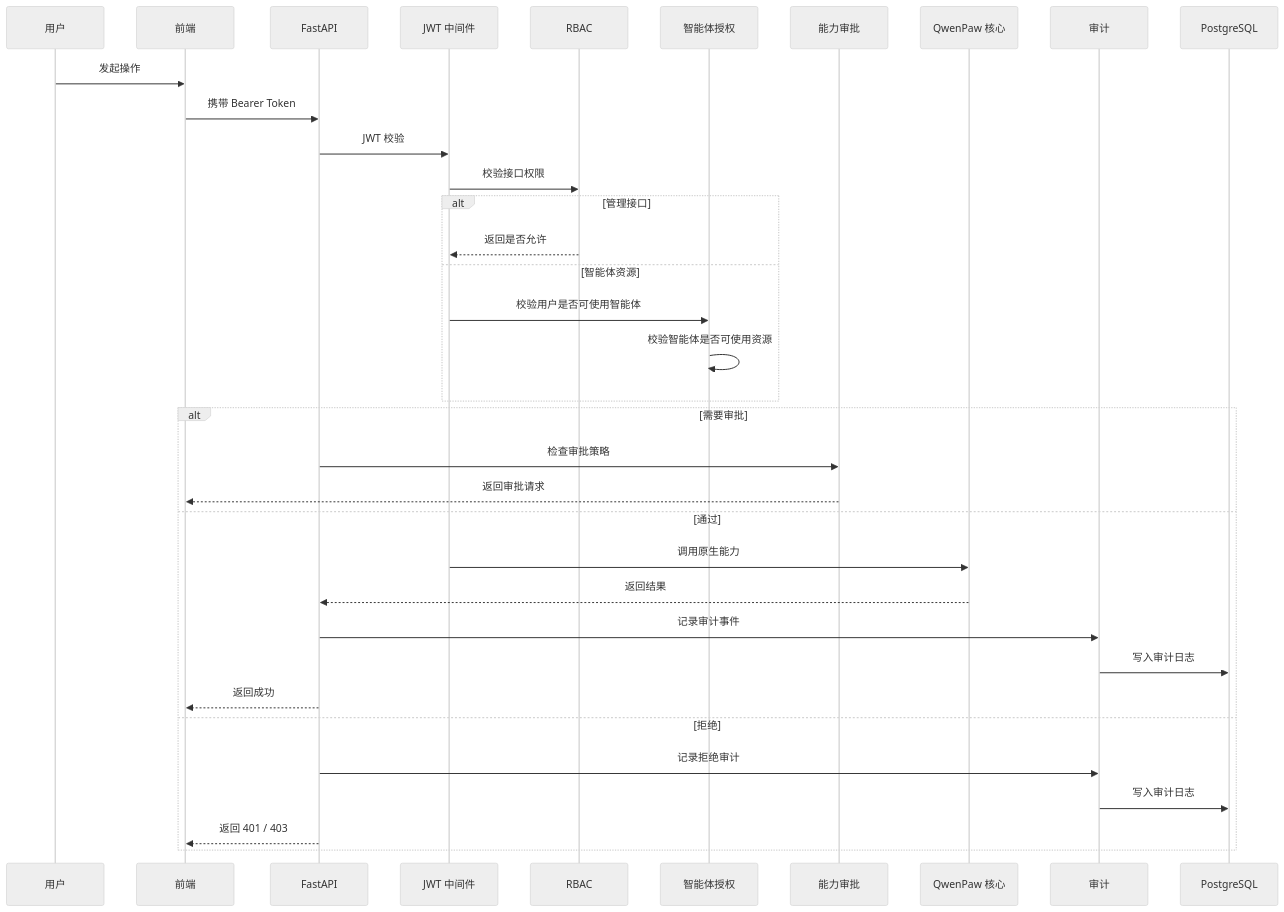
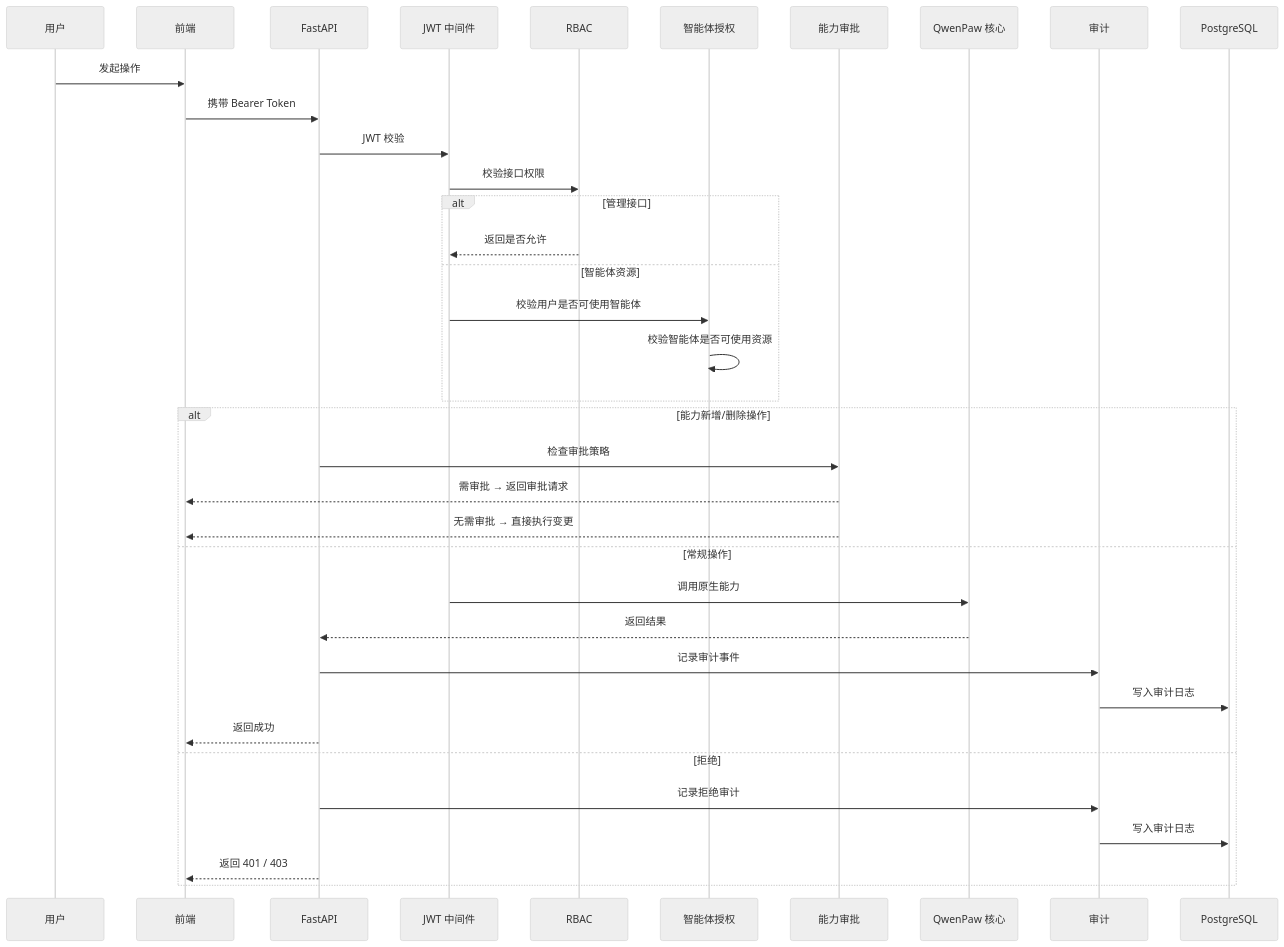
The sixth of 8 diagrams in docs/technical-solution.md (devjotaduo/nexora-ai-platform), drawn with Mermaid (neutral theme) before and after one commit. The commit also changed other lines of this file and 2 other files, not shown here.

````diff
--- a/docs/technical-solution.md
+++ b/docs/technical-solution.md
@@ -339,38 +341,39 @@
 ```mermaid
 sequenceDiagram
     participant U as 用户
     participant FE as 前端
     participant API as FastAPI
     participant MW as JWT 中间件
     participant RBAC as RBAC
     participant Grant as 智能体授权
     participant Cap as 能力审批
     participant Core as QwenPaw 核心
     participant AUD as 审计
     participant PG as PostgreSQL
 
     U->>FE: 发起操作
     FE->>API: 携带 Bearer Token
     API->>MW: JWT 校验
     MW->>RBAC: 校验接口权限
     alt 管理接口
         RBAC-->>MW: 返回是否允许
     else 智能体资源
         MW->>Grant: 校验用户是否可使用智能体
         Grant->>Grant: 校验智能体是否可使用资源
     end
-    alt 需要审批
+    alt 能力新增/删除操作
         API->>Cap: 检查审批策略
-        Cap-->>FE: 返回审批请求
-    else 通过
+        Cap-->>FE: 需审批 → 返回审批请求
+        Cap-->>FE: 无需审批 → 直接执行变更
+    else 常规操作
         MW->>Core: 调用原生能力
         Core-->>API: 返回结果
         API->>AUD: 记录审计事件
         AUD->>PG: 写入审计日志
         API-->>FE: 返回成功
     else 拒绝
         API->>AUD: 记录拒绝审计
         AUD->>PG: 写入审计日志
         API-->>FE: 返回 401 / 403
     end
 ```
````
